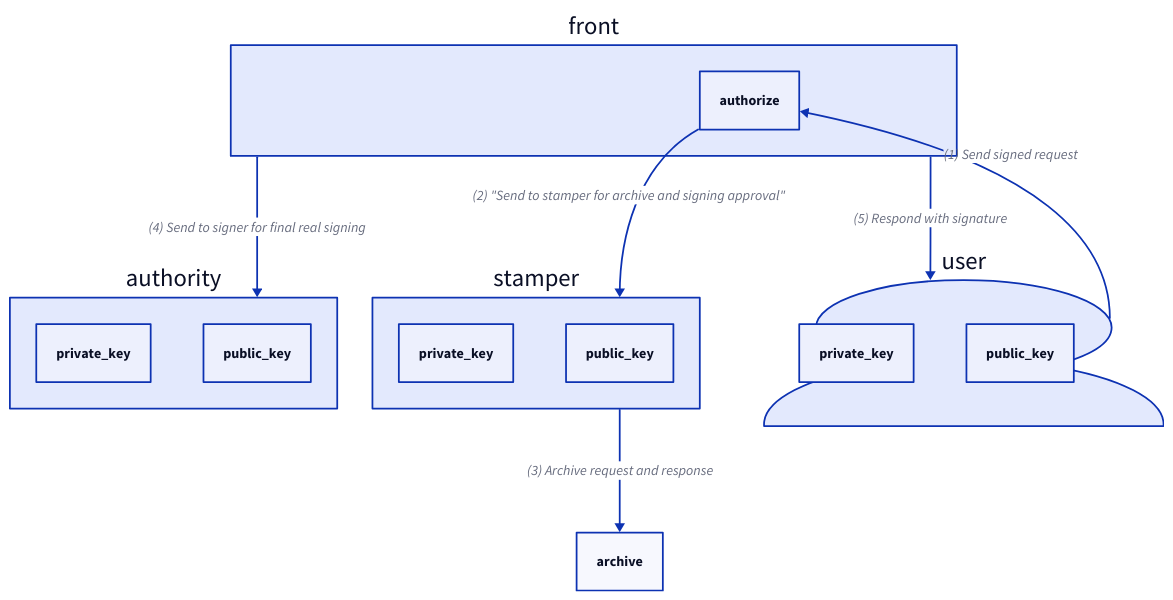
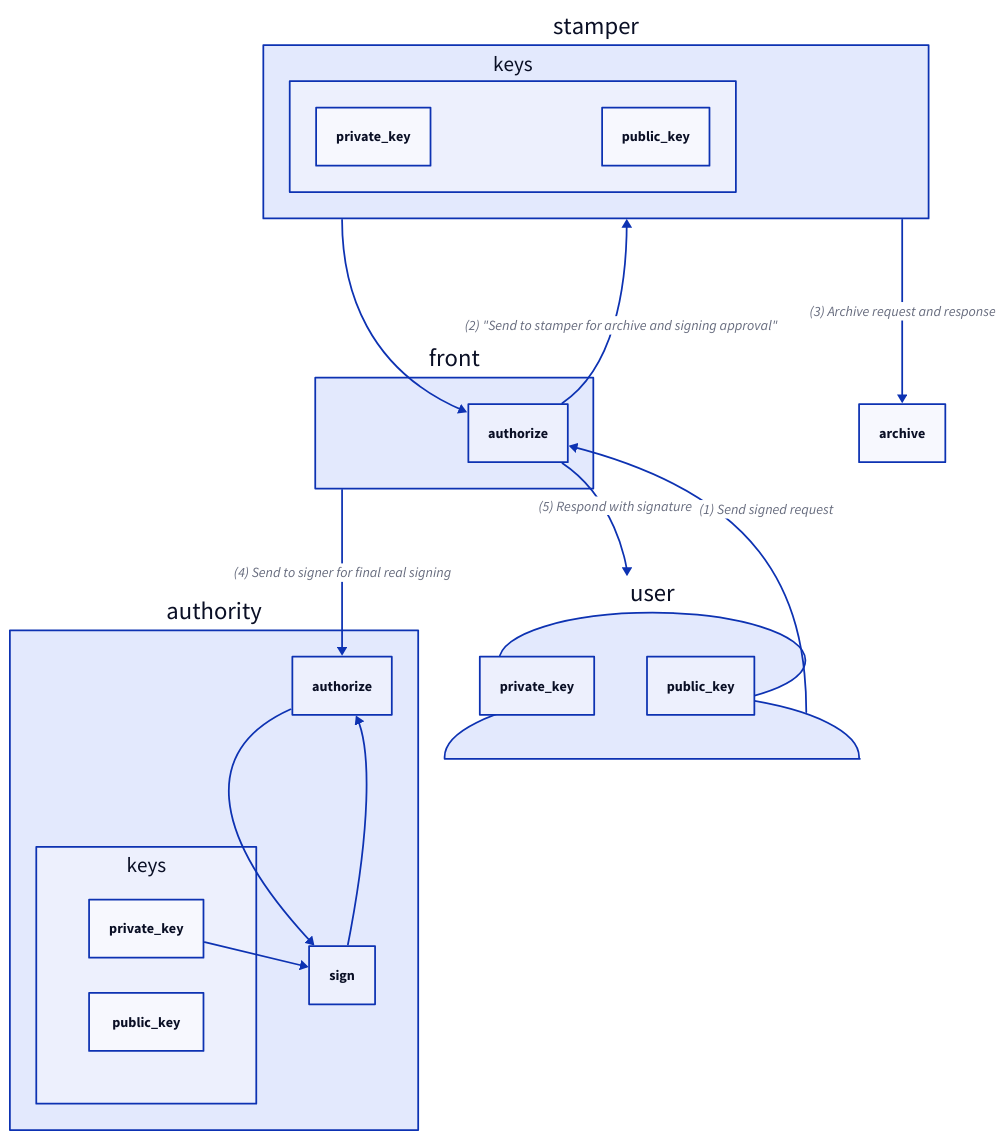
Before and after one commit to Plawn/signer: the diagram in architecture.d2, drawn with D2. The commit also changed 18 other files, not shown here.

```diff
--- a/architecture.d2
+++ b/architecture.d2
@@ -1,56 +1,87 @@
+authority {
 
 
-authority {
-    private_key {
+    keys {
+        grid-columns: 1
+        private_key {
         
+        }
+        public_key {
+    
+        }
     }
-    public_key {
+
+    authorize {
+
+    }
+
+    sign {
+
+    }
+
+    authorize -> sign {
+
+    }
+
+    authorize <- sign {
+
+    }
+
+    keys.private_key -> sign {
 
     }
 }
 
 stamper {
-    private_key {
+
+    keys {
+        private_key {
         
+        }
+        public_key {
+    
+        }
     }
-    public_key {
-
-    }
+    
 }
 
 front {
     authorize {
         
     }
 }
 
 user {
     shape: person
     private_key {
 
     }
     public_key {
 
     }
 }
 
 
 user -> front.authorize {
     label: "(1) Send signed request"
 }
 
 front.authorize -> stamper {
     label: (2) "Send to stamper for archive and signing approval"
 }
 
-front -> authority  {
+stamper -> front.authorize {
+
+}
+
+front -> authority.authorize  {
     label: "(4) Send to signer for final real signing"
 }
 
 stamper -> archive {
     label: "(3) Archive request and response"
 }
 
-front -> user {
+front.authorize -> user {
     label: "(5) Respond with signature"
 }
```
